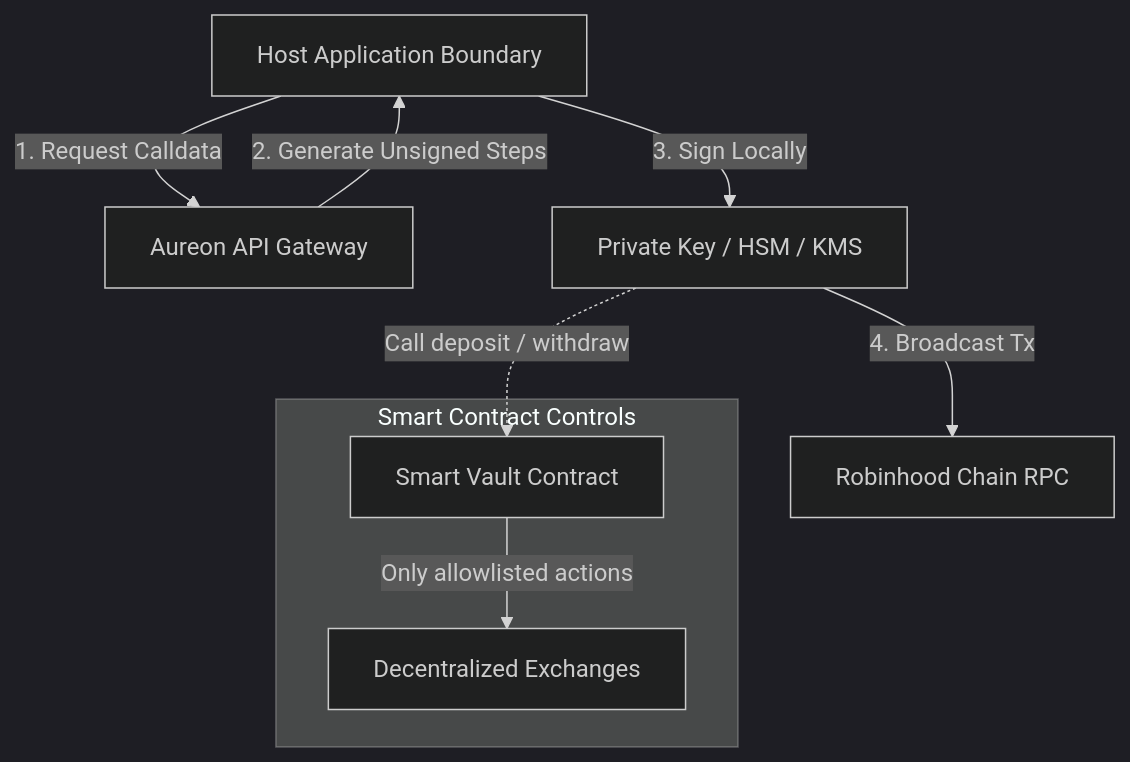
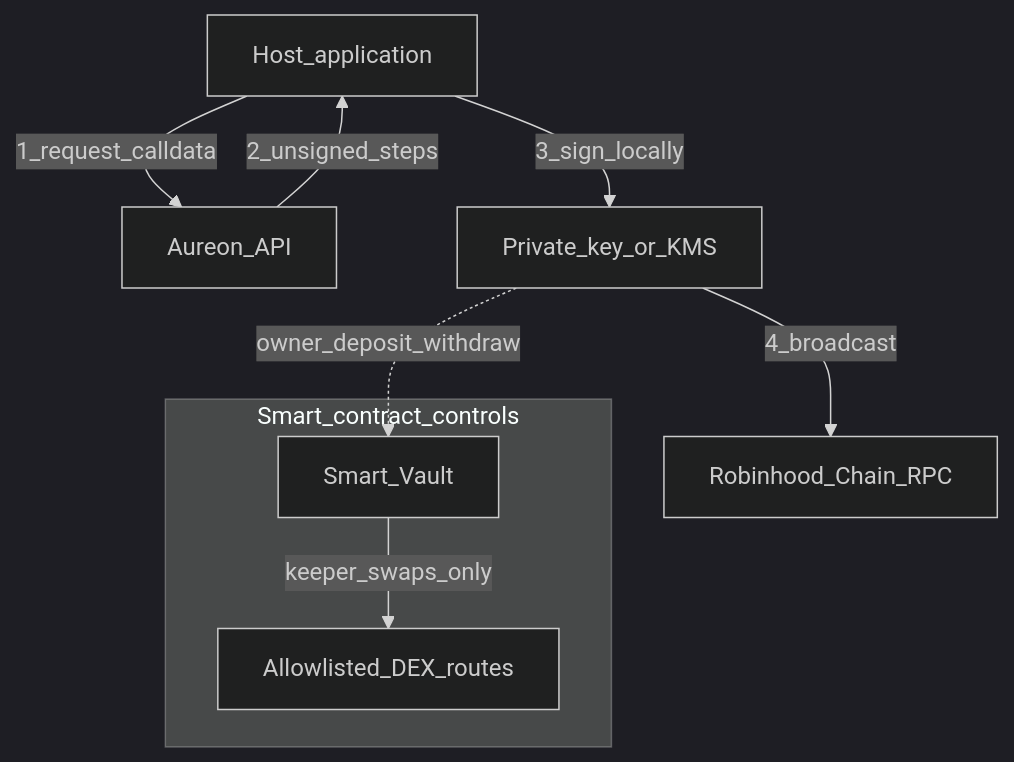
Before and after one commit to buildaureon/aureon-sdk: the diagram in docs/security.md, drawn with Mermaid (dark theme). The commit also changed other lines of this file, not shown here.

Commit message:
docs: document issued vs bootstrap key identity in security guide

````diff
--- a/docs/security.md
+++ b/docs/security.md
@@ -11,14 +13,14 @@
 ```mermaid
 flowchart TD
-  Host[Host Application Boundary] -->|1. Request Calldata| Gateway[Aureon API Gateway]
-  Gateway -->|2. Generate Unsigned Steps| Host
-  Host -->|3. Sign Locally| Wallet[Private Key / HSM / KMS]
-  Wallet -->|4. Broadcast Tx| Chain[Robinhood Chain RPC]
+  Host[Host_application] -->|1_request_calldata| Gateway[Aureon_API]
+  Gateway -->|2_unsigned_steps| Host
+  Host -->|3_sign_locally| Wallet[Private_key_or_KMS]
+  Wallet -->|4_broadcast| Chain[Robinhood_Chain_RPC]
 
-  subgraph OnChain [Smart Contract Controls]
-    Vault[Smart Vault Contract]
-    DX[Decentralized Exchanges]
-    Vault -->|Only allowlisted actions| DX
+  subgraph OnChain [Smart_contract_controls]
+    Vault[Smart_Vault]
+    DX[Allowlisted_DEX_routes]
+    Vault -->|keeper_swaps_only| DX
   end
-  Wallet -.->|Call deposit / withdraw| Vault
+  Wallet -.->|owner_deposit_withdraw| Vault
 ```
````
